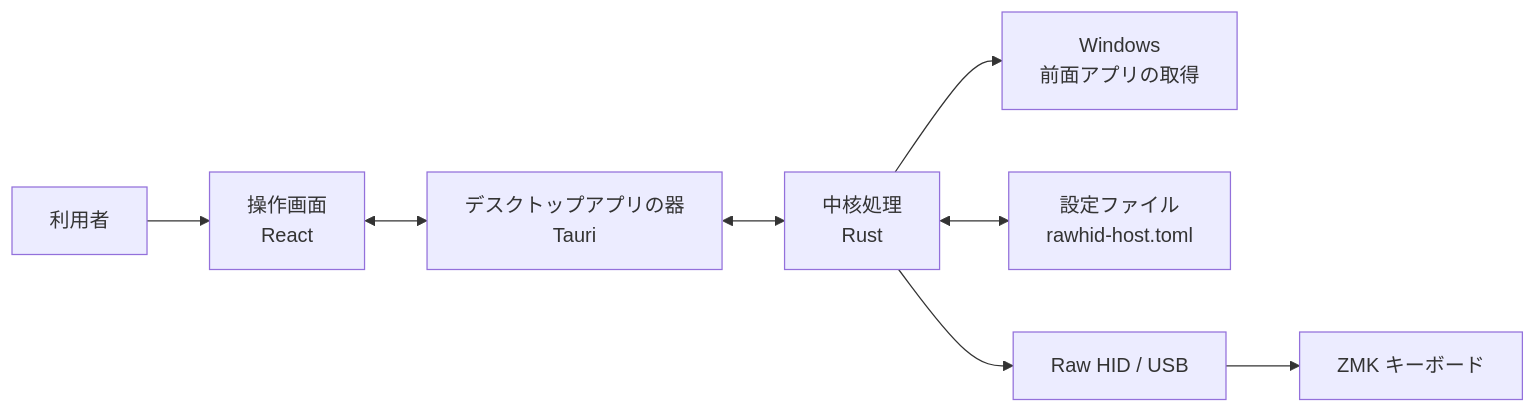
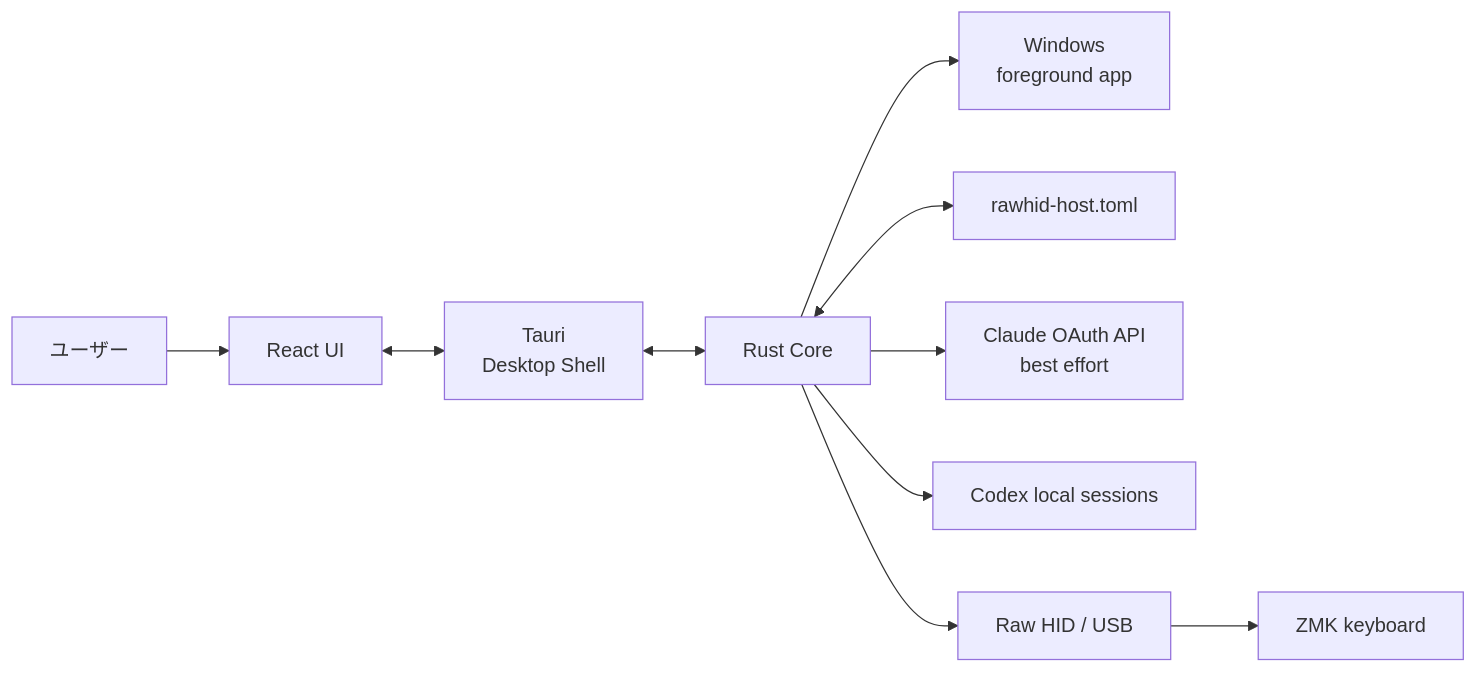
One commit to hrmt-lab/Keylink-Studio changed the first of 3 diagrams in docs/technology-overview.md. Above: the diagram before and after it, drawn with Mermaid. The commit also changed other lines of this file and 30 other files, not shown here.

Commit message:
Add AI usage Raw HID support

````diff
--- a/docs/technology-overview.md
+++ b/docs/technology-overview.md
@@ -19,10 +20,12 @@
 ```mermaid
 flowchart LR
-    User["利用者"] --> UI["操作画面<br>React"]
-    UI <--> Shell["デスクトップアプリの器<br>Tauri"]
-    Shell <--> Engine["中核処理<br>Rust"]
-    Engine --> Windows["Windows<br>前面アプリの取得"]
-    Engine <--> Config["設定ファイル<br>rawhid-host.toml"]
-    Engine --> USB["Raw HID / USB"]
-    USB --> Keyboard["ZMK キーボード"]
+    User["ユーザー"] --> UI["React UI"]
+    UI <--> Tauri["Tauri<br>Desktop Shell"]
+    Tauri <--> Rust["Rust Core"]
+    Rust --> Windows["Windows<br>foreground app"]
+    Rust <--> Config["rawhid-host.toml"]
+    Rust --> Claude["Claude OAuth API<br>best effort"]
+    Rust --> Codex["Codex local sessions"]
+    Rust --> USB["Raw HID / USB"]
+    USB --> Keyboard["ZMK keyboard"]
 ```
````
